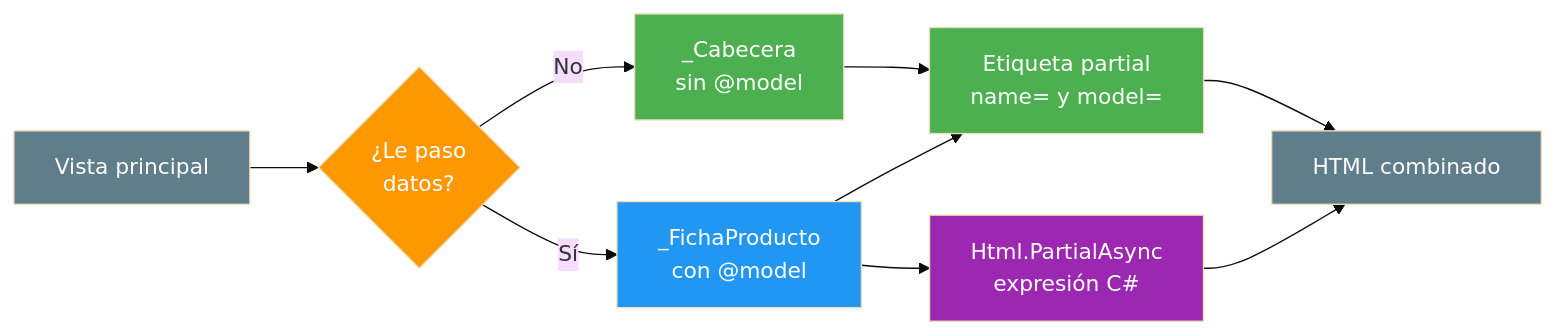
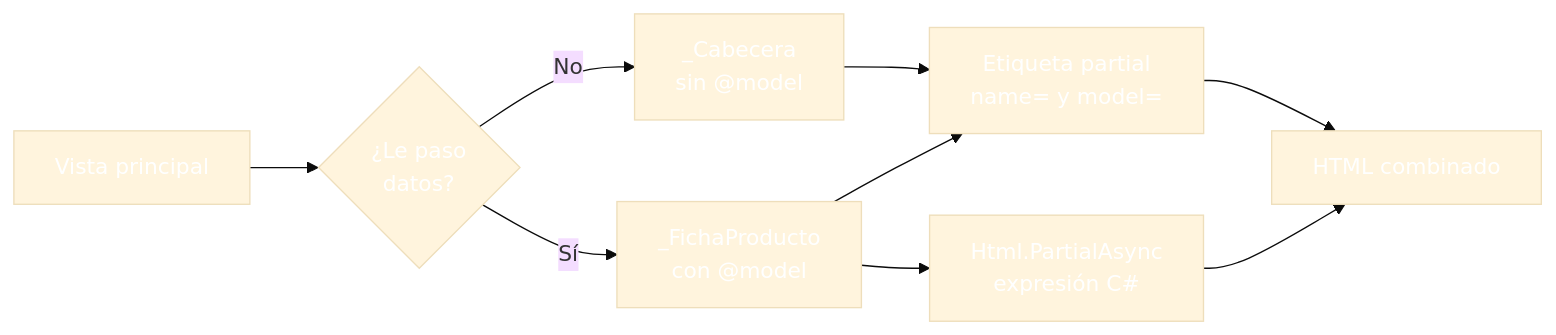
The third of 5 diagrams in 05-layouts-partials-componentes.md (joseluisgs/DesarrolloWebEntornosServidor-03-2026-2027), drawn with Mermaid (base theme) before and after one commit. The commit also changed other lines of this file and 30 other files, not shown here.

````diff
--- a/05-layouts-partials-componentes.md
+++ b/05-layouts-partials-componentes.md
@@ -373,19 +373,19 @@
 ```mermaid
 graph LR
     A["Vista principal"] --> B{"¿Le paso<br/>datos?"}
     B -->|No| C["_Cabecera<br/>sin @model"]
     B -->|Sí| D["_FichaProducto<br/>con @model"]
     C --> E["Etiqueta partial<br/>name= y model="]
     D --> E
     D --> F["Html.PartialAsync<br/>expresión C#"]
     E --> G["HTML combinado"]
     F --> G
 
-    style A fill:#607D8B,color:#fff
-    style B fill:#FF9800,color:#fff
-    style C fill:#4CAF50,color:#fff
-    style D fill:#2196F3,color:#fff
-    style E fill:#4CAF50,color:#fff
-    style F fill:#9C27B0,color:#fff
-    style G fill:#607D8B,color:#fff
+    style A fill:#607D8,color:#fffB,color:#fff
+    style B fill:#FF980,color:#fff0,color:#fff
+    style C fill:#4CAF5,color:#fff0,color:#fff
+    style D fill:#2196F,color:#fff3,color:#fff
+    style E fill:#4CAF5,color:#fff0,color:#fff
+    style F fill:#9C27B,color:#fff0,color:#fff
+    style G fill:#607D8,color:#fffB,color:#fff
 ```
````
